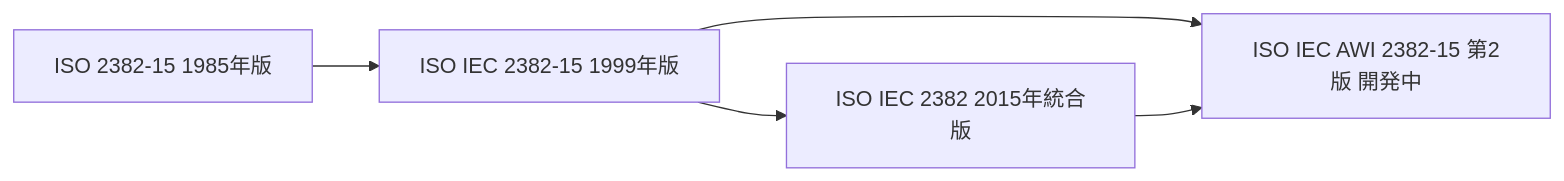
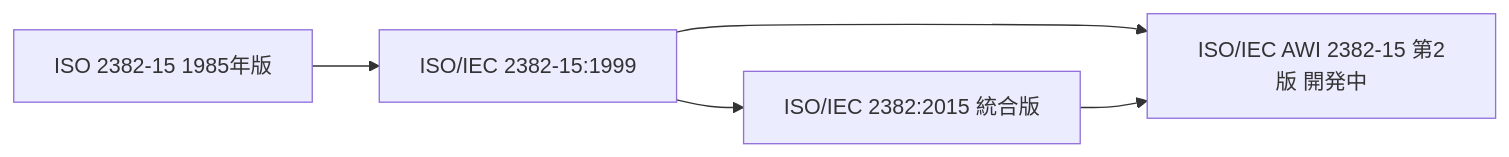
One commit to myoshi2891/Quality-Assurance-Studies changed the second of 14 diagrams in Iso-iec-2382-15-guide.md. Above: the diagram before and after it, drawn with Mermaid. The commit also changed 1 other file, not shown here.

Commit message:
docs(iso-guides): 目次アンカーリンクおよびMermaid図の規格表記・参照リンクを修正

````diff
--- a/Iso-iec-2382-15-guide.md
+++ b/Iso-iec-2382-15-guide.md
@@ -120,7 +120,7 @@
 ```mermaid
 flowchart LR
-    V1["ISO 2382-15 1985年版"] --> V2["ISO IEC 2382-15 1999年版"]
-    V2 --> V3["ISO IEC 2382 2015年統合版"]
-    V2 --> V4["ISO IEC AWI 2382-15 第2版 開発中"]
+    V1["ISO 2382-15 1985年版"] --> V2["ISO/IEC 2382-15:1999"]
+    V2 --> V3["ISO/IEC 2382:2015 統合版"]
+    V2 --> V4["ISO/IEC AWI 2382-15 第2版 開発中"]
     V3 --> V4
 ```
````
